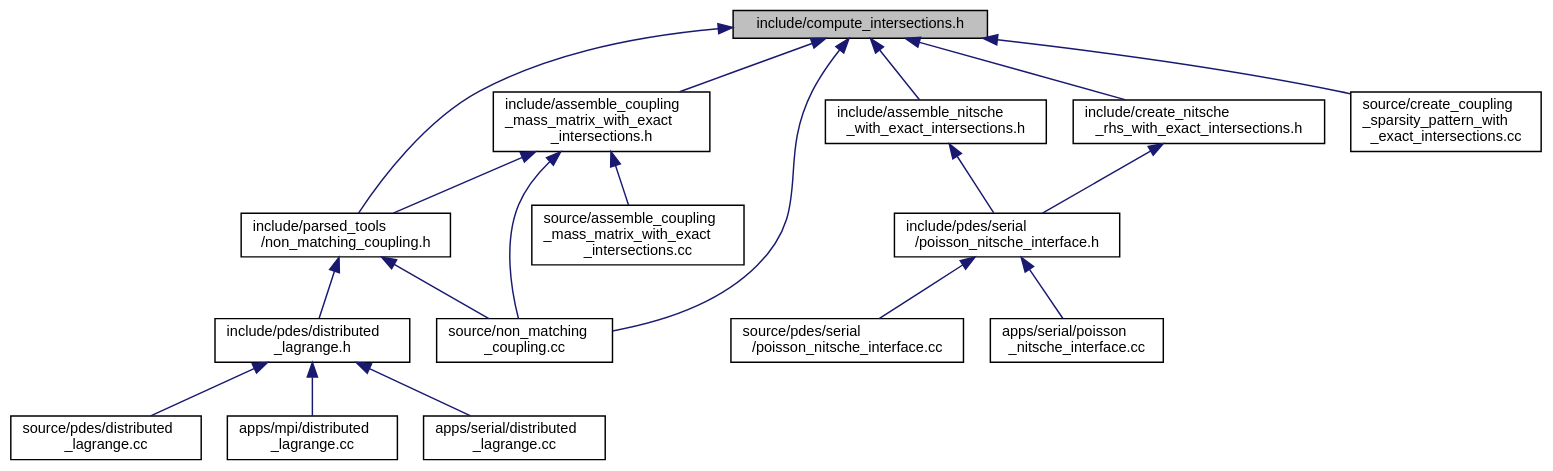
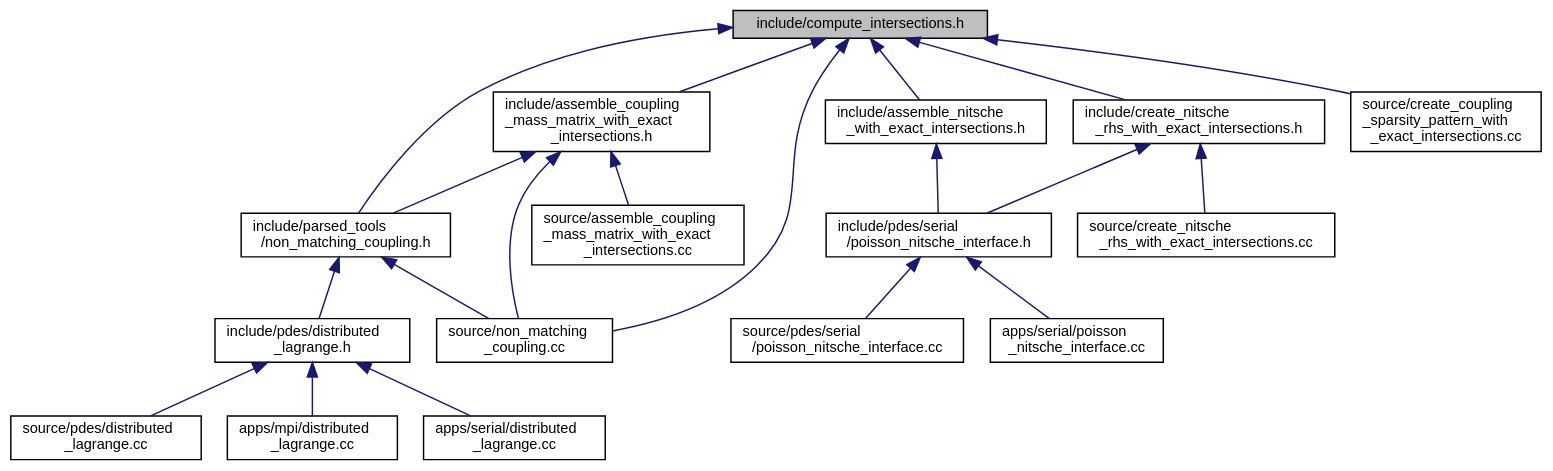
Before and after one commit to luca-heltai/fsi-suite: the diagram in compute__intersections_8h__dep__incl.dot, drawn with Graphviz. The commit also changed 487 other files, not shown here.

```diff
--- a/compute__intersections_8h__dep__incl.dot
+++ b/compute__intersections_8h__dep__incl.dot
@@ -1,40 +1,42 @@
 digraph "include/compute_intersections.h"
 {
  // LATEX_PDF_SIZE
   bgcolor="transparent";
   edge [fontname="Helvetica",fontsize="10",labelfontname="Helvetica",labelfontsize="10"];
   node [fontname="Helvetica",fontsize="10",shape=record];
   Node1 [label="include/compute_intersections.h",height=0.2,width=0.4,color="black", fillcolor="grey75", style="filled", fontcolor="black",tooltip=" "];
   Node1 -> Node2 [dir="back",color="midnightblue",fontsize="10",style="solid",fontname="Helvetica"];
   Node2 [label="include/assemble_coupling\l_mass_matrix_with_exact\l_intersections.h",height=0.2,width=0.4,color="black",URL="$assemble__coupling__mass__matrix__with__exact__intersections_8h.html",tooltip=" "];
   Node2 -> Node3 [dir="back",color="midnightblue",fontsize="10",style="solid",fontname="Helvetica"];
   Node3 [label="include/parsed_tools\l/non_matching_coupling.h",height=0.2,width=0.4,color="black",URL="$non__matching__coupling_8h.html",tooltip=" "];
   Node3 -> Node4 [dir="back",color="midnightblue",fontsize="10",style="solid",fontname="Helvetica"];
   Node4 [label="include/pdes/distributed\l_lagrange.h",height=0.2,width=0.4,color="black",URL="$distributed__lagrange_8h.html",tooltip=" "];
   Node4 -> Node5 [dir="back",color="midnightblue",fontsize="10",style="solid",fontname="Helvetica"];
   Node5 [label="source/pdes/distributed\l_lagrange.cc",height=0.2,width=0.4,color="black",URL="$source_2pdes_2distributed__lagrange_8cc.html",tooltip=" "];
   Node4 -> Node6 [dir="back",color="midnightblue",fontsize="10",style="solid",fontname="Helvetica"];
   Node6 [label="apps/mpi/distributed\l_lagrange.cc",height=0.2,width=0.4,color="black",URL="$apps_2mpi_2distributed__lagrange_8cc.html",tooltip=" "];
   Node4 -> Node7 [dir="back",color="midnightblue",fontsize="10",style="solid",fontname="Helvetica"];
   Node7 [label="apps/serial/distributed\l_lagrange.cc",height=0.2,width=0.4,color="black",URL="$apps_2serial_2distributed__lagrange_8cc.html",tooltip=" "];
   Node3 -> Node8 [dir="back",color="midnightblue",fontsize="10",style="solid",fontname="Helvetica"];
   Node8 [label="source/non_matching\l_coupling.cc",height=0.2,width=0.4,color="black",URL="$non__matching__coupling_8cc.html",tooltip=" "];
   Node2 -> Node9 [dir="back",color="midnightblue",fontsize="10",style="solid",fontname="Helvetica"];
   Node9 [label="source/assemble_coupling\l_mass_matrix_with_exact\l_intersections.cc",height=0.2,width=0.4,color="black",URL="$assemble__coupling__mass__matrix__with__exact__intersections_8cc.html",tooltip=" "];
   Node2 -> Node8 [dir="back",color="midnightblue",fontsize="10",style="solid",fontname="Helvetica"];
   Node1 -> Node10 [dir="back",color="midnightblue",fontsize="10",style="solid",fontname="Helvetica"];
   Node10 [label="include/assemble_nitsche\l_with_exact_intersections.h",height=0.2,width=0.4,color="black",URL="$assemble__nitsche__with__exact__intersections_8h.html",tooltip=" "];
   Node10 -> Node11 [dir="back",color="midnightblue",fontsize="10",style="solid",fontname="Helvetica"];
   Node11 [label="include/pdes/serial\l/poisson_nitsche_interface.h",height=0.2,width=0.4,color="black",URL="$poisson__nitsche__interface_8h.html",tooltip=" "];
   Node11 -> Node12 [dir="back",color="midnightblue",fontsize="10",style="solid",fontname="Helvetica"];
   Node12 [label="source/pdes/serial\l/poisson_nitsche_interface.cc",height=0.2,width=0.4,color="black",URL="$source_2pdes_2serial_2poisson__nitsche__interface_8cc.html",tooltip=" "];
   Node11 -> Node13 [dir="back",color="midnightblue",fontsize="10",style="solid",fontname="Helvetica"];
   Node13 [label="apps/serial/poisson\l_nitsche_interface.cc",height=0.2,width=0.4,color="black",URL="$apps_2serial_2poisson__nitsche__interface_8cc.html",tooltip=" "];
   Node1 -> Node14 [dir="back",color="midnightblue",fontsize="10",style="solid",fontname="Helvetica"];
   Node14 [label="include/create_nitsche\l_rhs_with_exact_intersections.h",height=0.2,width=0.4,color="black",URL="$create__nitsche__rhs__with__exact__intersections_8h.html",tooltip=" "];
   Node14 -> Node11 [dir="back",color="midnightblue",fontsize="10",style="solid",fontname="Helvetica"];
+  Node14 -> Node15 [dir="back",color="midnightblue",fontsize="10",style="solid",fontname="Helvetica"];
+  Node15 [label="source/create_nitsche\l_rhs_with_exact_intersections.cc",height=0.2,width=0.4,color="black",URL="$create__nitsche__rhs__with__exact__intersections_8cc.html",tooltip=" "];
   Node1 -> Node3 [dir="back",color="midnightblue",fontsize="10",style="solid",fontname="Helvetica"];
-  Node1 -> Node15 [dir="back",color="midnightblue",fontsize="10",style="solid",fontname="Helvetica"];
-  Node15 [label="source/create_coupling\l_sparsity_pattern_with\l_exact_intersections.cc",height=0.2,width=0.4,color="black",URL="$create__coupling__sparsity__pattern__with__exact__intersections_8cc.html",tooltip=" "];
+  Node1 -> Node16 [dir="back",color="midnightblue",fontsize="10",style="solid",fontname="Helvetica"];
+  Node16 [label="source/create_coupling\l_sparsity_pattern_with\l_exact_intersections.cc",height=0.2,width=0.4,color="black",URL="$create__coupling__sparsity__pattern__with__exact__intersections_8cc.html",tooltip=" "];
   Node1 -> Node8 [dir="back",color="midnightblue",fontsize="10",style="solid",fontname="Helvetica"];
 }
```
